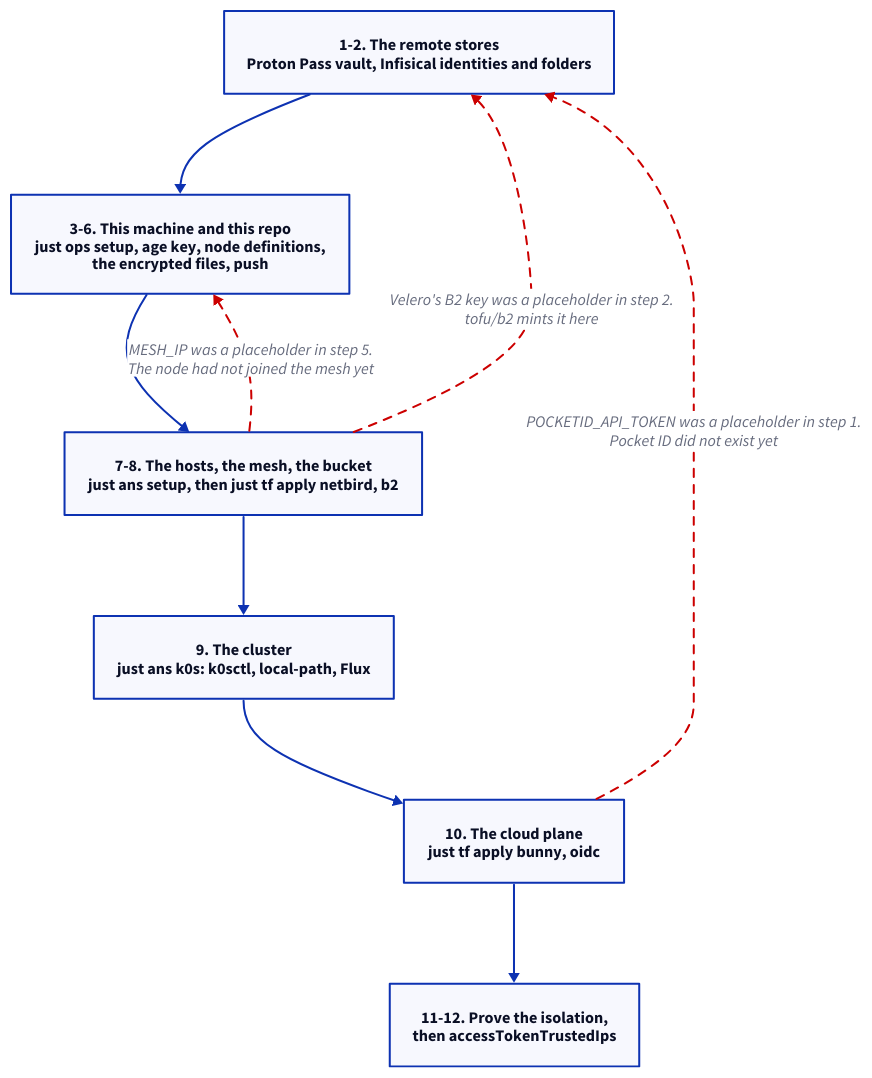
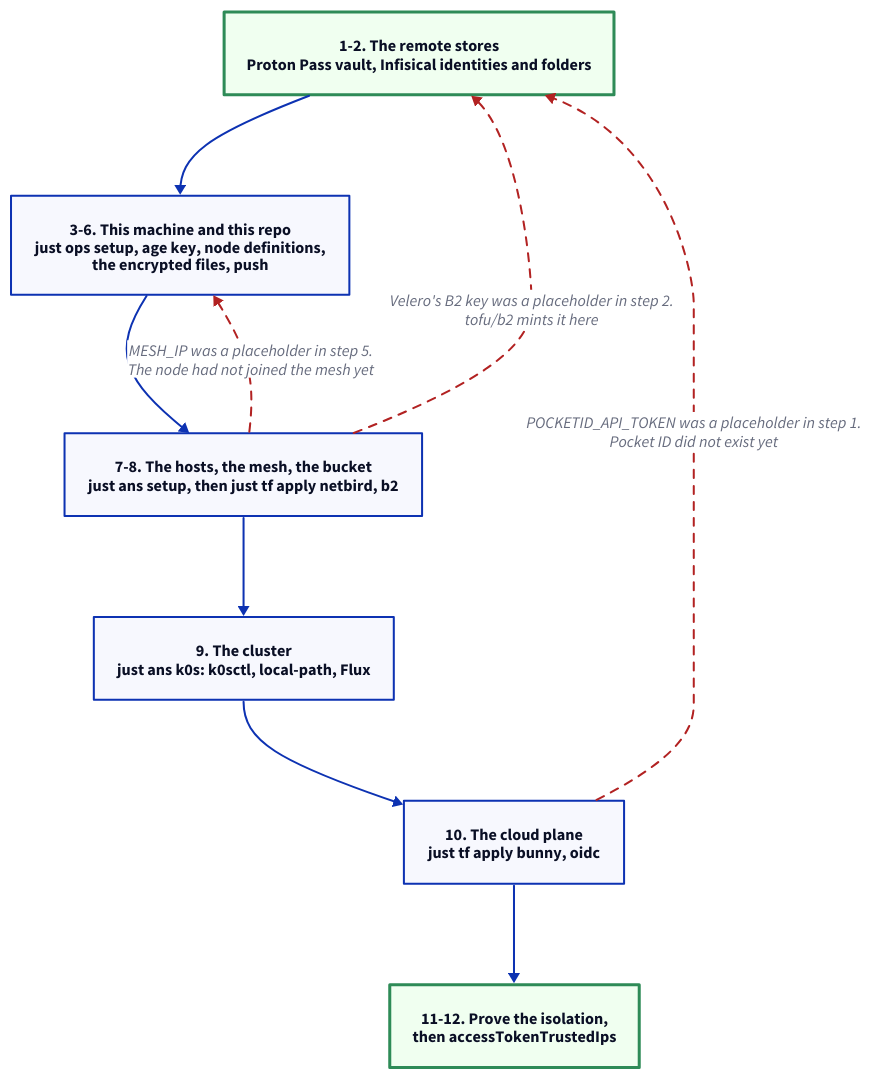
Before and after one commit to brewcoua/futhark: the diagram in docs/src/operations/setup.md, drawn with D2. The commit also changed other lines of this file and 9 other files, not shown here.

First line of the commit message:
docs: give every diagram a named role palette

````diff
--- a/docs/src/operations/setup.md
+++ b/docs/src/operations/setup.md
@@ -26,22 +28,40 @@
 ```d2
 direction: down
 
-stores: "1-2. The remote stores\nProton Pass vault, Infisical identities and folders"
+classes: {
+  boundary: {
+    style: {
+      stroke-width: 3
+      stroke: seagreen
+      fill: honeydew
+    }
+  }
+  backfill: {
+    style: {
+      stroke: firebrick
+      stroke-dash: 4
+    }
+  }
+}
+
+stores: "1-2. The remote stores\nProton Pass vault, Infisical identities and folders" {
+  class: boundary
+}
 repo: "3-6. This machine and this repo\njust ops setup, age key, node definitions,\nthe encrypted files, push"
 hosts: "7-8. The hosts, the mesh, the bucket\njust ans setup, then just tf apply netbird, b2"
 cluster: "9. The cluster\njust ans k0s: k0sctl, local-path, Flux"
 cloud: "10. The cloud plane\njust tf apply bunny, oidc"
-after: "11-12. Prove the isolation,\nthen accessTokenTrustedIps"
+after: "11-12. Prove the isolation,\nthen accessTokenTrustedIps" { class: boundary }
 
 stores -> repo -> hosts -> cluster -> cloud -> after
 
 hosts -> repo: "MESH_IP was a placeholder in step 5.\nThe node had not joined the mesh yet" {
-  style: { stroke-dash: 4; stroke: "#c00" }
+  class: backfill
 }
 hosts -> stores: "Velero's B2 key was a placeholder in step 2.\ntofu/b2 mints it here" {
-  style: { stroke-dash: 4; stroke: "#c00" }
+  class: backfill
 }
 cloud -> stores: "POCKETID_API_TOKEN was a placeholder in step 1.\nPocket ID did not exist yet" {
-  style: { stroke-dash: 4; stroke: "#c00" }
+  class: backfill
 }
 ```
````
